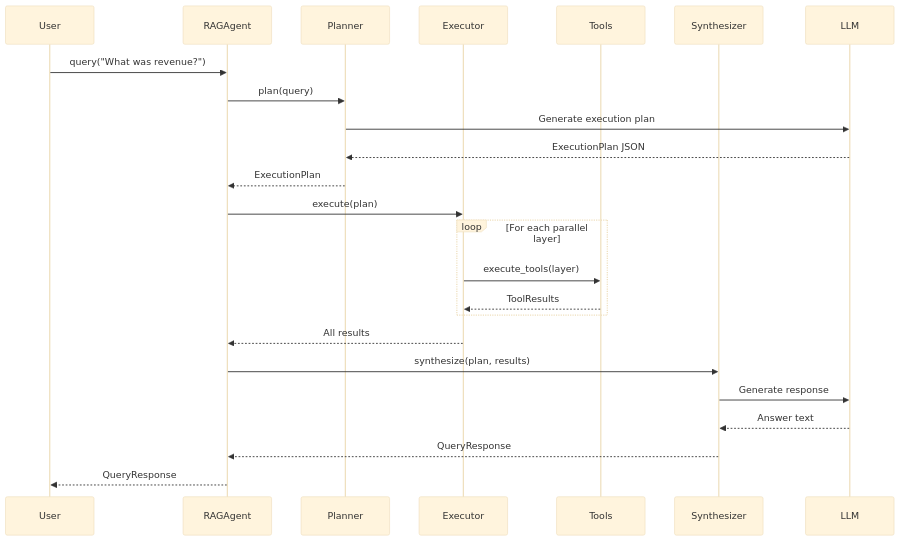
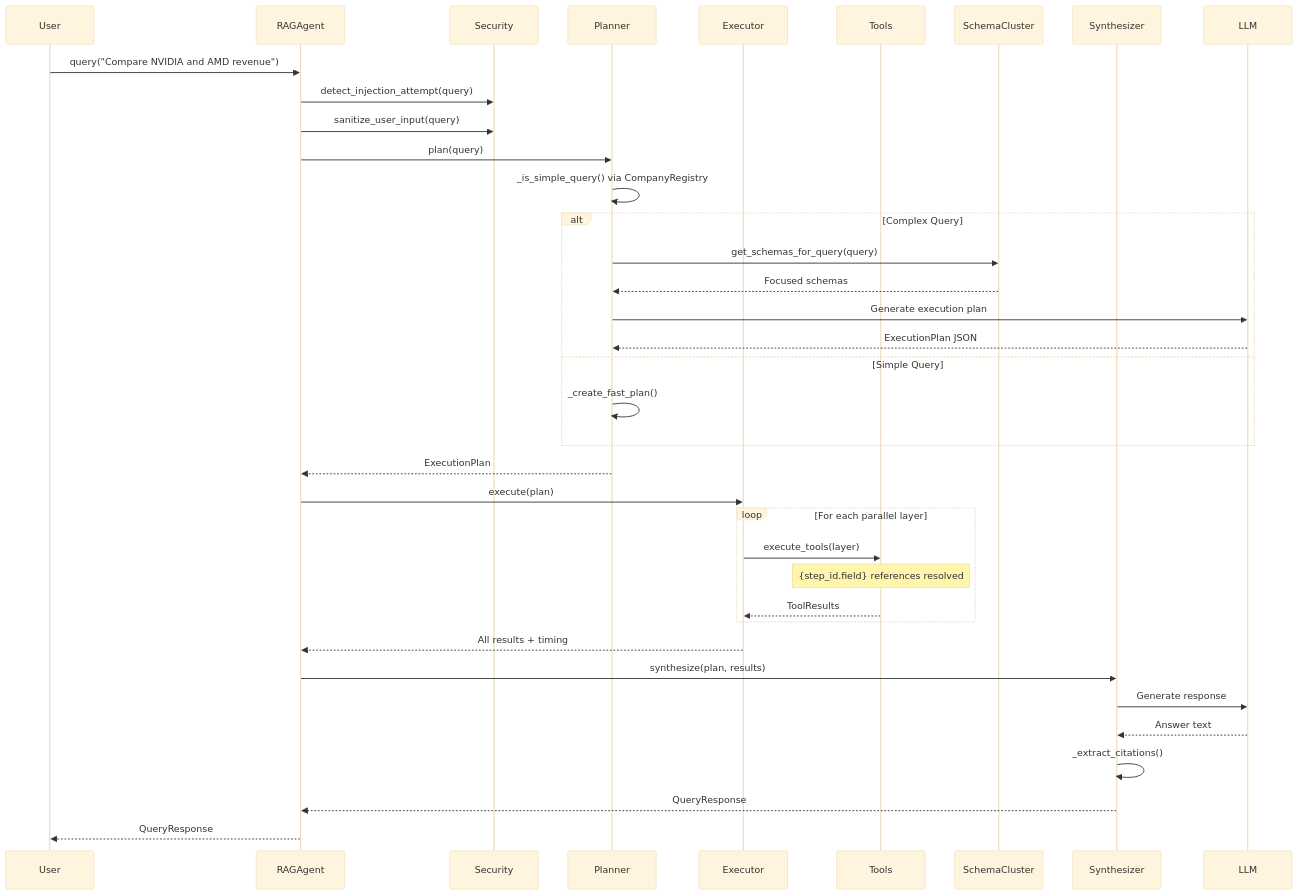
One commit to vinyasv/financeRAG changed the third of 5 diagrams in technicaloverview.md. Above: the diagram before and after it, drawn with Mermaid (base theme). The commit also changed other lines of this file and 2 other files, not shown here.

````diff
--- a/technicaloverview.md
+++ b/technicaloverview.md
@@ -287,30 +457,45 @@
 ```mermaid
 sequenceDiagram
     participant User
     participant RAGAgent
+    participant Security
     participant Planner
     participant Executor
     participant Tools
+    participant SchemaCluster
     participant Synthesizer
     participant LLM
-    
-    User->>RAGAgent: query("What was revenue?")
+
+    User->>RAGAgent: query("Compare NVIDIA and AMD revenue")
+    RAGAgent->>Security: detect_injection_attempt(query)
+    RAGAgent->>Security: sanitize_user_input(query)
+
     RAGAgent->>Planner: plan(query)
-    Planner->>LLM: Generate execution plan
-    LLM-->>Planner: ExecutionPlan JSON
+    Planner->>Planner: _is_simple_query() via CompanyRegistry
+
+    alt Complex Query
+        Planner->>SchemaCluster: get_schemas_for_query(query)
+        SchemaCluster-->>Planner: Focused schemas
+        Planner->>LLM: Generate execution plan
+        LLM-->>Planner: ExecutionPlan JSON
+    else Simple Query
+        Planner->>Planner: _create_fast_plan()
+    end
+
     Planner-->>RAGAgent: ExecutionPlan
-    
     RAGAgent->>Executor: execute(plan)
-    
+
     loop For each parallel layer
         Executor->>Tools: execute_tools(layer)
+        Note over Tools: {step_id.field} references resolved
         Tools-->>Executor: ToolResults
     end
-    
-    Executor-->>RAGAgent: All results
+
+    Executor-->>RAGAgent: All results + timing
     RAGAgent->>Synthesizer: synthesize(plan, results)
     Synthesizer->>LLM: Generate response
     LLM-->>Synthesizer: Answer text
+    Synthesizer->>Synthesizer: _extract_citations()
     Synthesizer-->>RAGAgent: QueryResponse
     RAGAgent-->>User: QueryResponse
 ```
````
